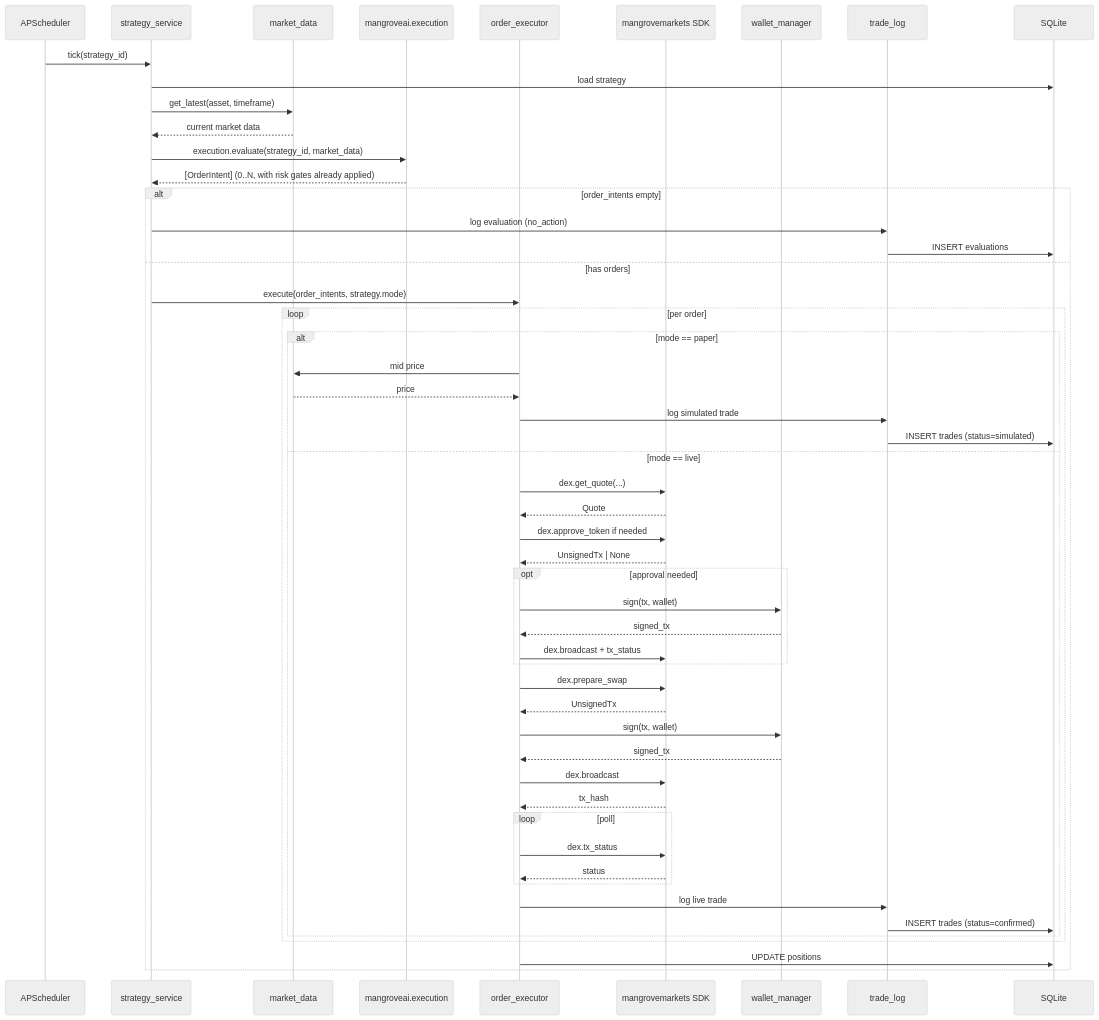
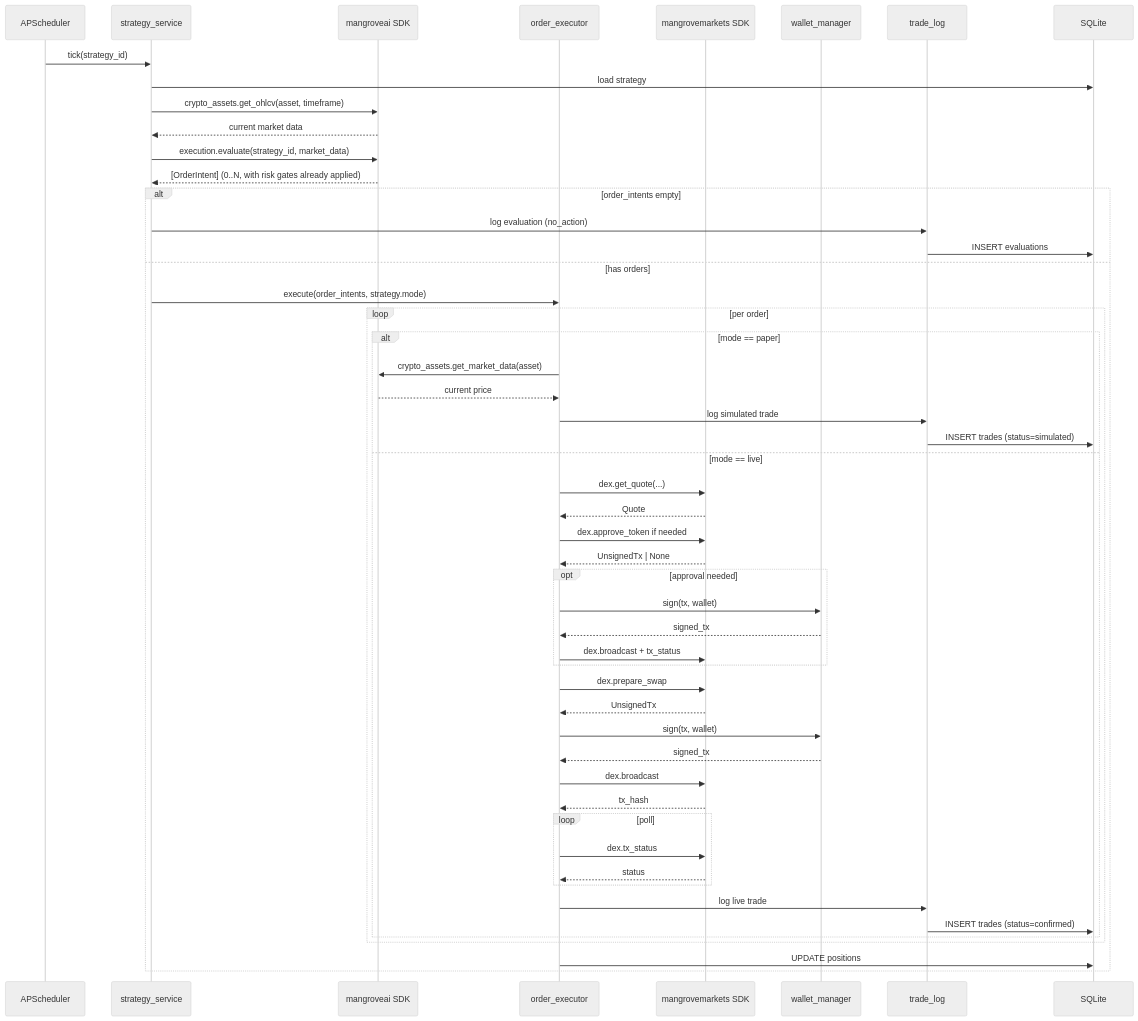
The sixth of 9 diagrams in docs/architecture.md (MangroveTechnologies/app-in-a-box), drawn with Mermaid (neutral theme) before and after one commit. The commit also changed other lines of this file and 1 other file, not shown here.

First line of the commit message:
spec + architecture: drop pass-through services, keep x402

````diff
--- a/docs/architecture.md
+++ b/docs/architecture.md
@@ -206,57 +206,56 @@
 ```mermaid
 sequenceDiagram
     participant SCH as APScheduler
     participant SS as strategy_service
-    participant MD as market_data
-    participant SDK as mangroveai.execution
+    participant SDK as mangroveai SDK
     participant OE as order_executor
     participant Mkts as mangrovemarkets SDK
     participant WM as wallet_manager
     participant TL as trade_log
     participant DB as SQLite
 
     SCH->>SS: tick(strategy_id)
     SS->>DB: load strategy
-    SS->>MD: get_latest(asset, timeframe)
-    MD-->>SS: current market data
+    SS->>SDK: crypto_assets.get_ohlcv(asset, timeframe)
+    SDK-->>SS: current market data
     SS->>SDK: execution.evaluate(strategy_id, market_data)
     SDK-->>SS: [OrderIntent] (0..N, with risk gates already applied)
 
     alt order_intents empty
         SS->>TL: log evaluation (no_action)
         TL->>DB: INSERT evaluations
     else has orders
         SS->>OE: execute(order_intents, strategy.mode)
         loop per order
             alt mode == paper
-                OE->>MD: mid price
-                MD-->>OE: price
+                OE->>SDK: crypto_assets.get_market_data(asset)
+                SDK-->>OE: current price
                 OE->>TL: log simulated trade
                 TL->>DB: INSERT trades (status=simulated)
             else mode == live
                 OE->>Mkts: dex.get_quote(...)
                 Mkts-->>OE: Quote
                 OE->>Mkts: dex.approve_token if needed
                 Mkts-->>OE: UnsignedTx | None
                 opt approval needed
                     OE->>WM: sign(tx, wallet)
                     WM-->>OE: signed_tx
                     OE->>Mkts: dex.broadcast + tx_status
                 end
                 OE->>Mkts: dex.prepare_swap
                 Mkts-->>OE: UnsignedTx
                 OE->>WM: sign(tx, wallet)
                 WM-->>OE: signed_tx
                 OE->>Mkts: dex.broadcast
                 Mkts-->>OE: tx_hash
                 loop poll
                     OE->>Mkts: dex.tx_status
                     Mkts-->>OE: status
                 end
                 OE->>TL: log live trade
                 TL->>DB: INSERT trades (status=confirmed)
             end
         end
         OE->>DB: UPDATE positions
     end
 ```
````
